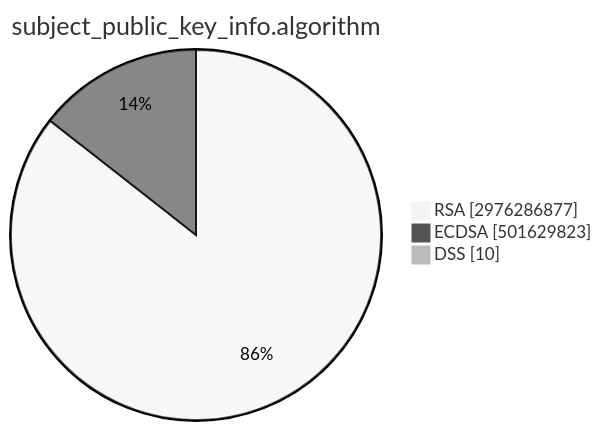
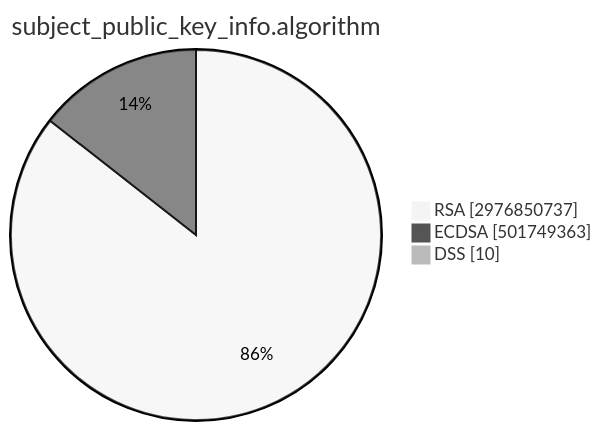
The second of 15 diagrams in TOTAL/README.md (christiankrug/ctmonitor_visualization), drawn with Mermaid (neutral theme) before and after one commit. The commit also changed other lines of this file, not shown here.

````diff
--- a/TOTAL/README.md
+++ b/TOTAL/README.md
@@ -6,7 +6,7 @@
 ```mermaid
 pie showData
 title subject_public_key_info.algorithm
-"RSA" :2976286877
-"ECDSA" :501629823
+"RSA" :2976850737
+"ECDSA" :501749363
 "DSS" :10
 ```
````
